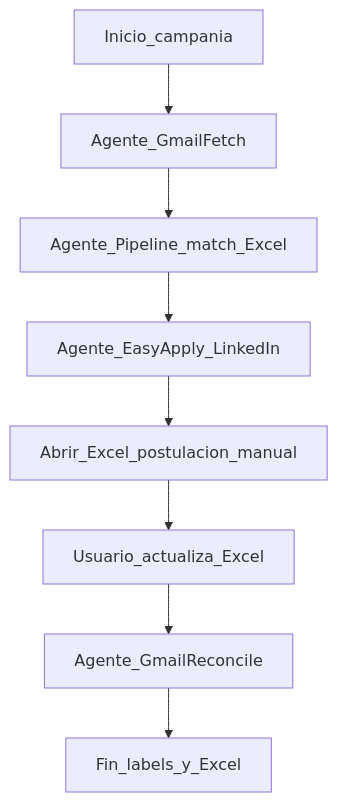
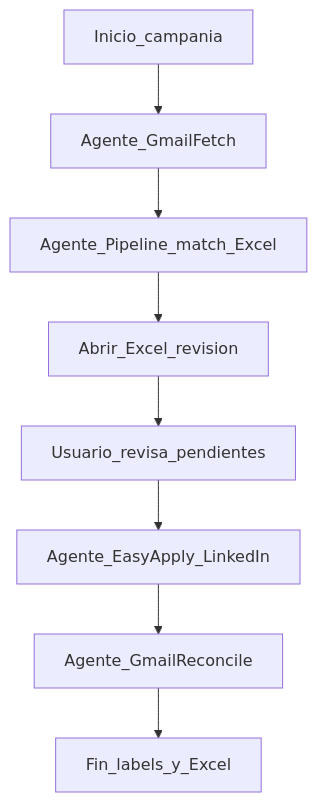
Before and after one commit to gabrielagarayzavalia/GGZenLab-Portfolio: the second of 2 diagrams in projects/qa-job-hunter/docs/easy-apply-flow.md, drawn with Mermaid. The commit also changed other lines of this file and 3 other files, not shown here.

First line of the commit message:
docs(qa-job-hunter): campaña con revisión Excel antes de Easy Apply (#131)

````diff
--- a/projects/qa-job-hunter/docs/easy-apply-flow.md
+++ b/projects/qa-job-hunter/docs/easy-apply-flow.md
@@ -246,10 +246,10 @@
 ```mermaid
 flowchart TD
   startNode[Inicio_campania] --> fetch[Agente_GmailFetch]
   fetch --> pipeline[Agente_Pipeline_match_Excel]
-  pipeline --> easy[Agente_EasyApply_LinkedIn]
-  easy --> excelManual[Abrir_Excel_postulacion_manual]
-  excelManual --> userEdit[Usuario_actualiza_Excel]
-  userEdit --> reconcile[Agente_GmailReconcile]
+  pipeline --> excelReview[Abrir_Excel_revision]
+  excelReview --> userEdit[Usuario_revisa_pendientes]
+  userEdit --> easy[Agente_EasyApply_LinkedIn]
+  easy --> reconcile[Agente_GmailReconcile]
   reconcile --> endNode[Fin_labels_y_Excel]
 ```
````
